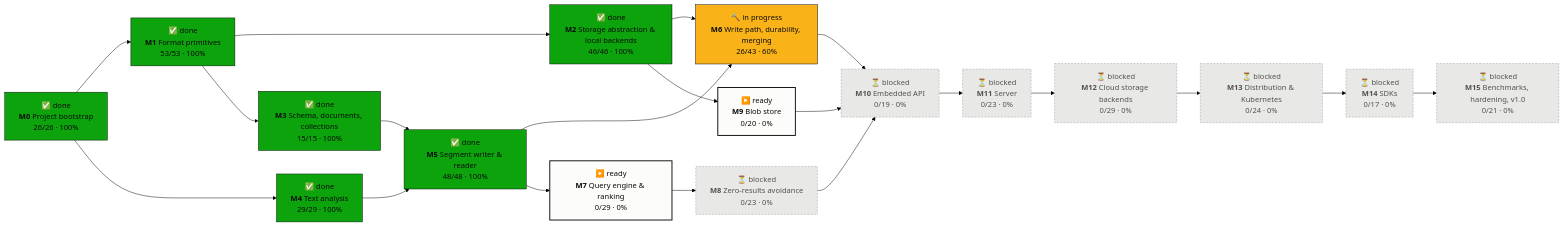
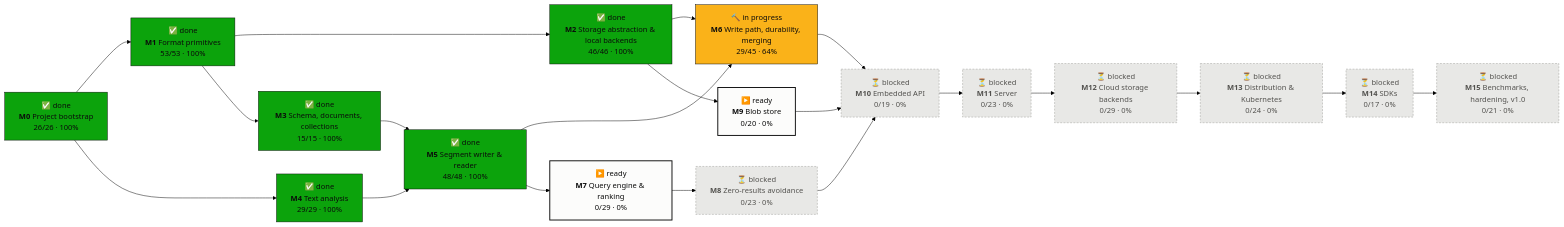
One commit to tomiok/persiaDB changed the first of 2 diagrams in PROGRESS.md. Above: the diagram before and after it, drawn with Mermaid (forest theme). The commit also changed other lines of this file and 18 other files, not shown here.

First line of the commit message:
Background merge scheduler, obsolete objects, merge-equivalence property (ROADMAP 6.5.3–6.5.5) (#42)

````diff
--- a/PROGRESS.md
+++ b/PROGRESS.md
@@ -16,42 +16,42 @@
 ```mermaid
 flowchart LR
   M0["✅ done<br/><b>M0</b> Project bootstrap<br/>26/26 · 100%"]:::done
   M1["✅ done<br/><b>M1</b> Format primitives<br/>53/53 · 100%"]:::done
   M2["✅ done<br/><b>M2</b> Storage abstraction & local backends<br/>46/46 · 100%"]:::done
   M3["✅ done<br/><b>M3</b> Schema, documents, collections<br/>15/15 · 100%"]:::done
   M4["✅ done<br/><b>M4</b> Text analysis<br/>29/29 · 100%"]:::done
   M5["✅ done<br/><b>M5</b> Segment writer & reader<br/>48/48 · 100%"]:::done
-  M6["🔨 in progress<br/><b>M6</b> Write path, durability, merging<br/>26/43 · 60%"]:::doing
+  M6["🔨 in progress<br/><b>M6</b> Write path, durability, merging<br/>29/45 · 64%"]:::doing
   M7["▶️ ready<br/><b>M7</b> Query engine & ranking<br/>0/29 · 0%"]:::ready
   M8["⏳ blocked<br/><b>M8</b> Zero-results avoidance<br/>0/23 · 0%"]:::blocked
   M9["▶️ ready<br/><b>M9</b> Blob store<br/>0/20 · 0%"]:::ready
   M10["⏳ blocked<br/><b>M10</b> Embedded API<br/>0/19 · 0%"]:::blocked
   M11["⏳ blocked<br/><b>M11</b> Server<br/>0/23 · 0%"]:::blocked
   M12["⏳ blocked<br/><b>M12</b> Cloud storage backends<br/>0/29 · 0%"]:::blocked
   M13["⏳ blocked<br/><b>M13</b> Distribution & Kubernetes<br/>0/24 · 0%"]:::blocked
   M14["⏳ blocked<br/><b>M14</b> SDKs<br/>0/17 · 0%"]:::blocked
   M15["⏳ blocked<br/><b>M15</b> Benchmarks, hardening, v1.0<br/>0/21 · 0%"]:::blocked
   M0 --> M1
   M1 --> M2
   M1 --> M3
   M0 --> M4
   M3 --> M5
   M4 --> M5
   M2 --> M6
   M5 --> M6
   M5 --> M7
   M7 --> M8
   M2 --> M9
   M6 --> M10
   M8 --> M10
   M9 --> M10
   M10 --> M11
   M11 --> M12
   M12 --> M13
   M13 --> M14
   M14 --> M15
   classDef done fill:#0ca30c,stroke:#0b0b0b,color:#0b0b0b
   classDef doing fill:#fab219,stroke:#0b0b0b,color:#0b0b0b
   classDef ready fill:#fcfcfb,stroke:#0b0b0b,stroke-width:2px,color:#0b0b0b
   classDef blocked fill:#e8e8e6,stroke:#9a9a96,stroke-dasharray:4 3,color:#52514e
 ```
````
